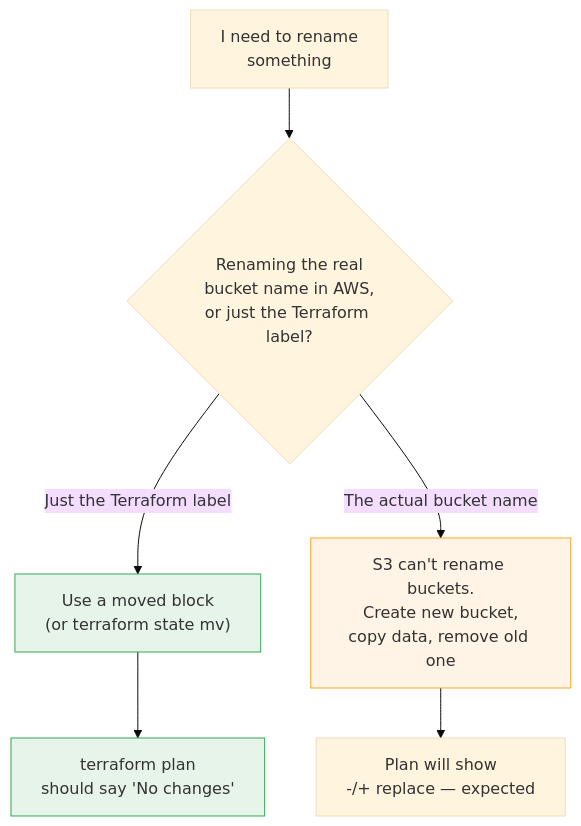
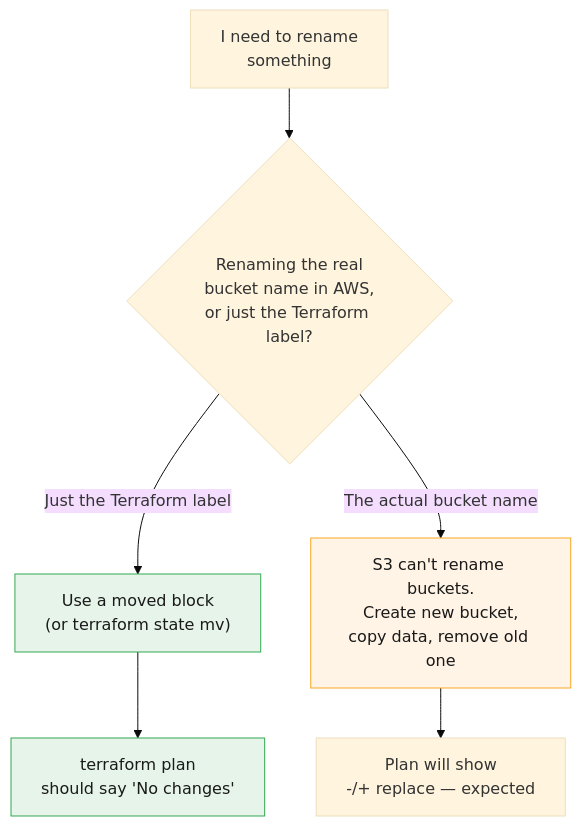
One commit to OGTechStories/developer-roadmap changed the third of 3 diagrams in docs/Roadmaps/devops-cloud/infrastructure-as-code-terraform/terraform/04-terraform-tags-safteynets.md. Above: the diagram before and after it, drawn with Mermaid (base theme). The commit also changed other lines of this file and 7 other files, not shown here.

````diff
--- a/docs/Roadmaps/devops-cloud/infrastructure-as-code-terraform/terraform/04-terraform-tags-safteynets.md
+++ b/docs/Roadmaps/devops-cloud/infrastructure-as-code-terraform/terraform/04-terraform-tags-safteynets.md
@@ -384,12 +438,12 @@
 ```mermaid
 flowchart TD
     A["I need to rename<br/>something"] --> B{Renaming the real<br/>bucket name in AWS,<br/>or just the Terraform label?}
     B -- "Just the Terraform label" --> C["Use a moved block<br/>(or terraform state mv)"]
     B -- "The actual bucket name" --> D["S3 can't rename buckets.<br/>Create new bucket,<br/>copy data, remove old one"]
     C --> E["terraform plan<br/>should say 'No changes'"]
     D --> F["Plan will show<br/>-/+ replace — expected"]
 
-    style C fill:#e6f4ea,stroke:#34a853
-    style D fill:#fff4e5,stroke:#f9a825
-    style E fill:#e6f4ea,stroke:#34a853
+    style C fill:#e6f4ea,stroke:#34a853,color:#1a1a1a
+    style D fill:#fff4e5,stroke:#f9a825,color:#1a1a1a
+    style E fill:#e6f4ea,stroke:#34a853,color:#1a1a1a
 ```
````
